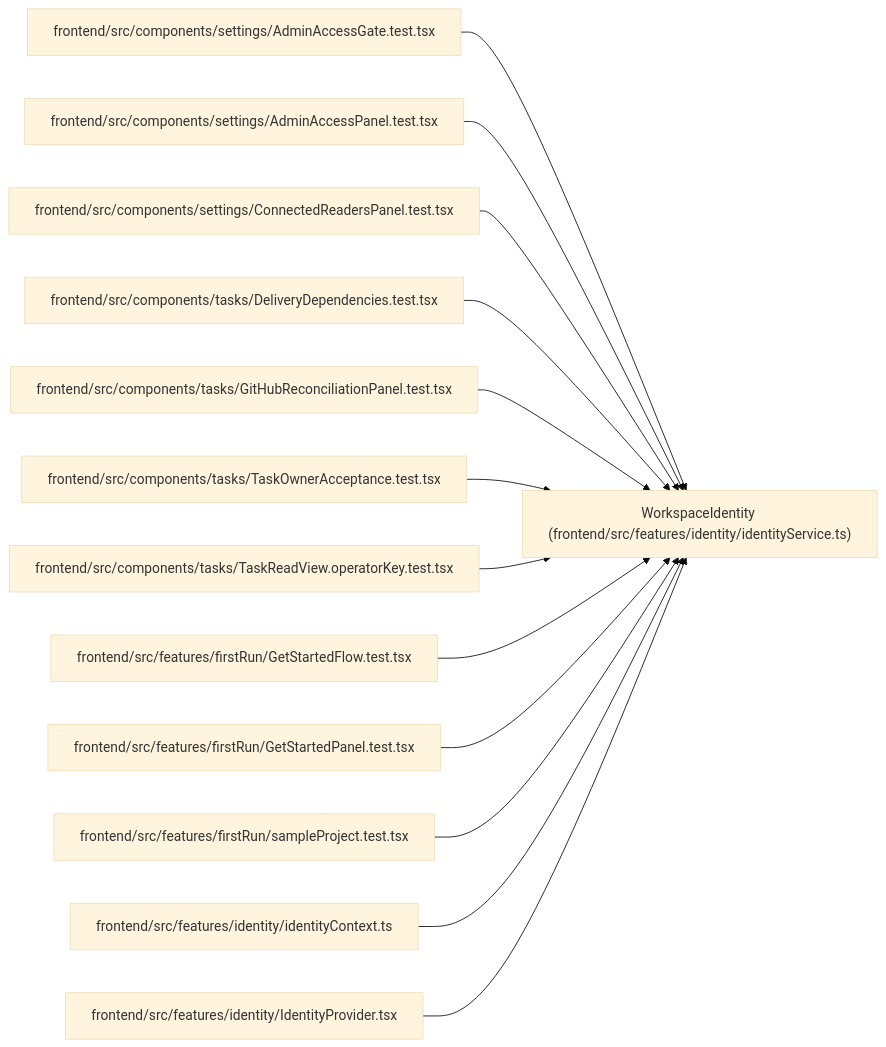
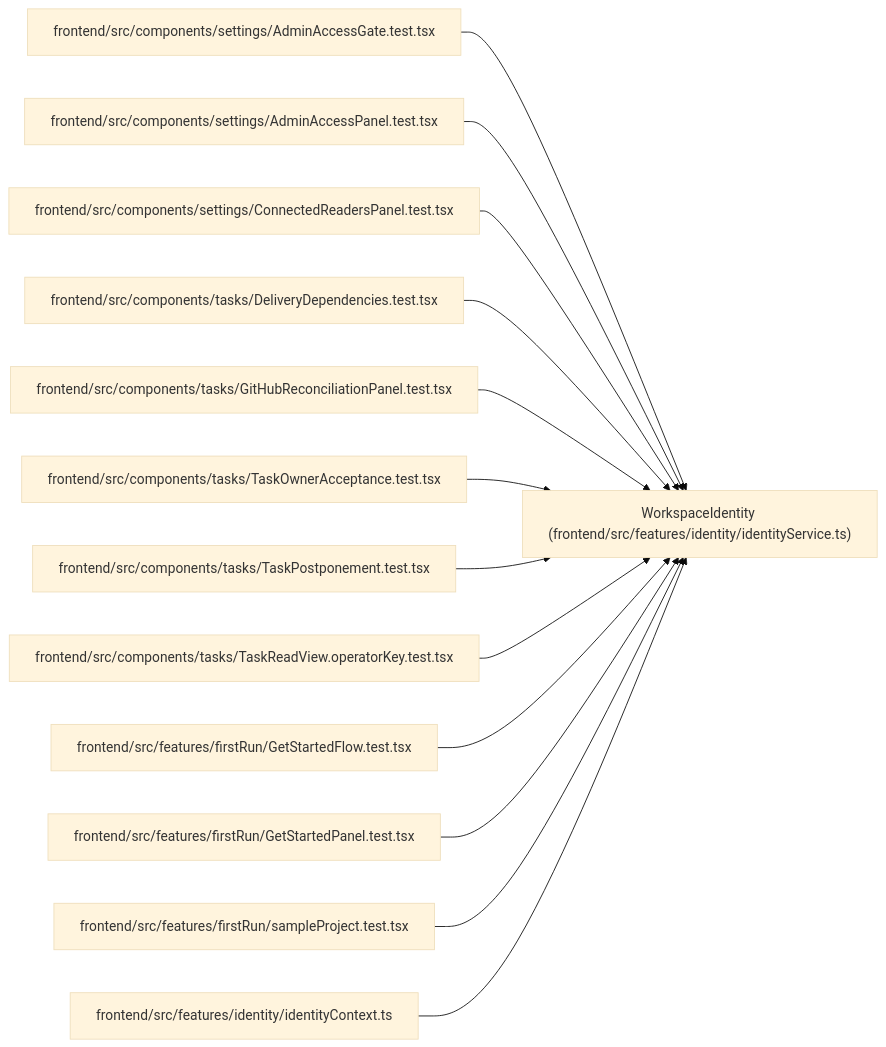
One commit to Denissvgn/WorkChord changed the diagram in docs/llm_wiki/entities/WorkspaceIdentity.md. Above: the diagram before and after it, drawn with Mermaid (base theme). The commit also changed other lines of this file and 617 other files, not shown here.

Commit message:
Sync the architectural wiki for postponing from the task page

````diff
--- a/docs/llm_wiki/entities/WorkspaceIdentity.md
+++ b/docs/llm_wiki/entities/WorkspaceIdentity.md
@@ -36,41 +36,41 @@
 ```mermaid
 flowchart LR
     n0["WorkspaceIdentity (frontend/src/features/identity/identityService.ts)"]
     n1["frontend/src/components/settings/AdminAccessGate.test.tsx"]
     n2["frontend/src/components/settings/AdminAccessPanel.test.tsx"]
     n3["frontend/src/components/settings/ConnectedReadersPanel.test.tsx"]
     n4["frontend/src/components/tasks/DeliveryDependencies.test.tsx"]
     n5["frontend/src/components/tasks/GitHubReconciliationPanel.test.tsx"]
     n6["frontend/src/components/tasks/TaskOwnerAcceptance.test.tsx"]
-    n7["frontend/src/components/tasks/TaskReadView.operatorKey.test.tsx"]
-    n8["frontend/src/features/firstRun/GetStartedFlow.test.tsx"]
-    n9["frontend/src/features/firstRun/GetStartedPanel.test.tsx"]
-    n10["frontend/src/features/firstRun/sampleProject.test.tsx"]
-    n11["frontend/src/features/identity/identityContext.ts"]
-    n12["frontend/src/features/identity/IdentityProvider.tsx"]
+    n7["frontend/src/components/tasks/TaskPostponement.test.tsx"]
+    n8["frontend/src/components/tasks/TaskReadView.operatorKey.test.tsx"]
+    n9["frontend/src/features/firstRun/GetStartedFlow.test.tsx"]
+    n10["frontend/src/features/firstRun/GetStartedPanel.test.tsx"]
+    n11["frontend/src/features/firstRun/sampleProject.test.tsx"]
+    n12["frontend/src/features/identity/identityContext.ts"]
     n1 --> n0
     n2 --> n0
     n3 --> n0
     n4 --> n0
     n5 --> n0
     n6 --> n0
     n7 --> n0
     n8 --> n0
     n9 --> n0
     n10 --> n0
     n11 --> n0
     n12 --> n0
     click n0 "../modules/identityService.md"
     click n1 "../modules/AdminAccessGate.test.md"
     click n2 "../modules/AdminAccessPanel.test.md"
     click n3 "../modules/ConnectedReadersPanel.test.md"
     click n4 "../modules/DeliveryDependencies.test.md"
     click n5 "../modules/GitHubReconciliationPanel.test.md"
     click n6 "../modules/TaskOwnerAcceptance.test.md"
-    click n7 "../modules/TaskReadView.operatorKey.test.md"
-    click n8 "../modules/GetStartedFlow.test.md"
-    click n9 "../modules/GetStartedPanel.test.md"
-    click n10 "../modules/sampleProject.test.md"
-    click n11 "../modules/identityContext.md"
-    click n12 "../modules/IdentityProvider.md"
+    click n7 "../modules/TaskPostponement.test.md"
+    click n8 "../modules/TaskReadView.operatorKey.test.md"
+    click n9 "../modules/GetStartedFlow.test.md"
+    click n10 "../modules/GetStartedPanel.test.md"
+    click n11 "../modules/sampleProject.test.md"
+    click n12 "../modules/identityContext.md"
 ```
````
